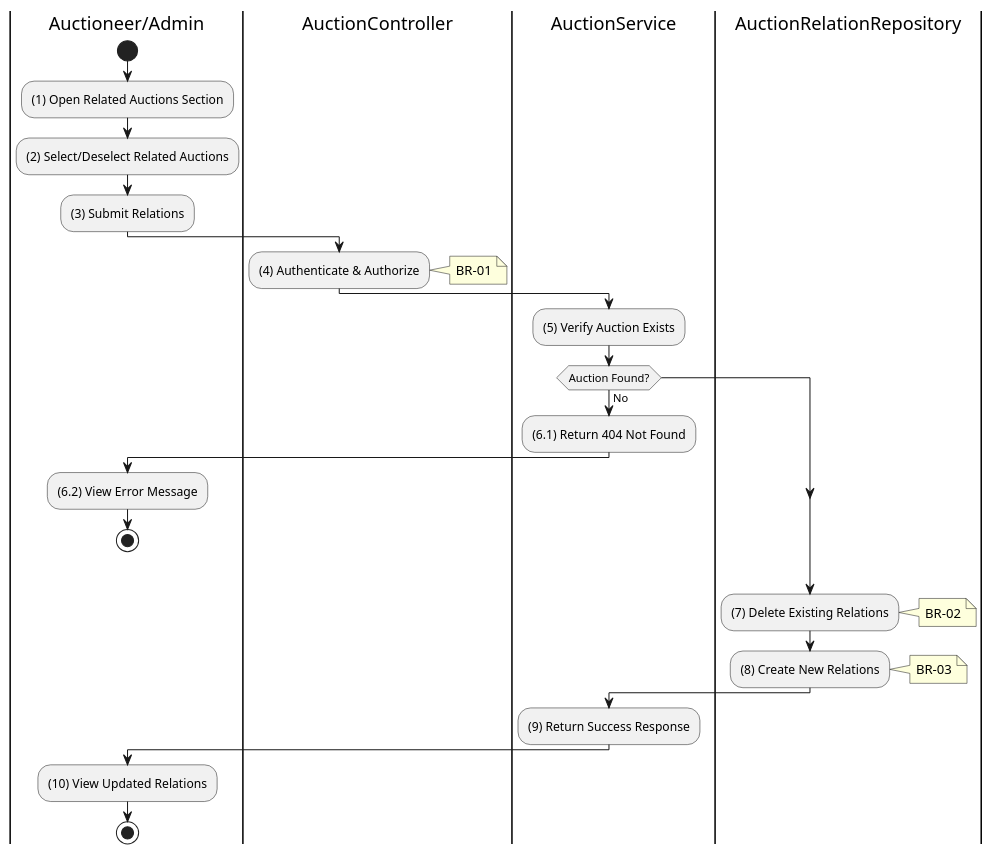
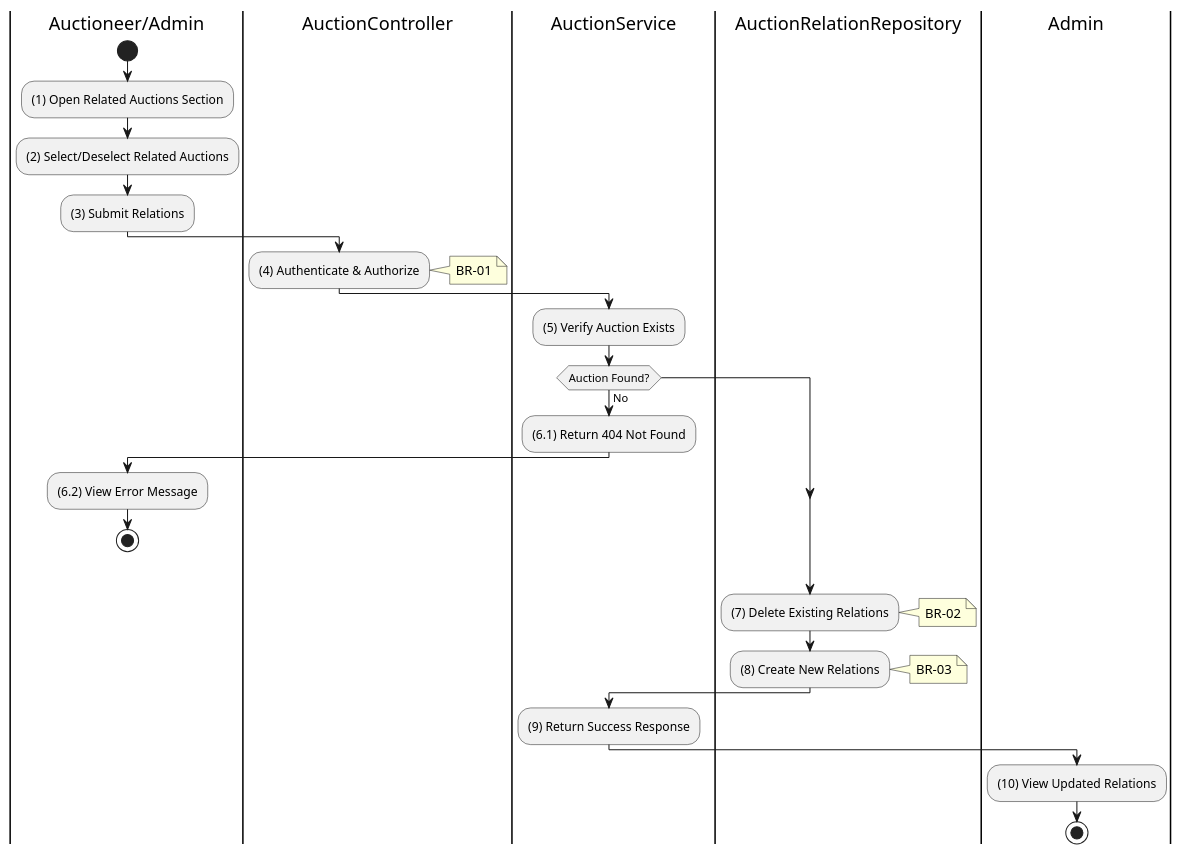
The second of 2 diagrams in DETAILED_SRS/3.3.6_Update_Auction_Relations.md (Tanh1603/auction-hub), drawn with PlantUML before and after one commit. The commit also changed other lines of this file and 82 other files, not shown here.

Commit message:
feat: Add detailed SRS documents, database schema, payment service, and QA documentation.

````diff
--- a/DETAILED_SRS/3.3.6_Update_Auction_Relations.md
+++ b/DETAILED_SRS/3.3.6_Update_Auction_Relations.md
@@ -56,37 +56,37 @@
 ```plantuml
 @startuml
 |Auctioneer/Admin|
 start
 :(1) Open Related Auctions Section;
 :(2) Select/Deselect Related Auctions;
 :(3) Submit Relations;
 
 |AuctionController|
 :(4) Authenticate & Authorize;
 note right: BR-01
 
 |AuctionService|
 :(5) Verify Auction Exists;
 
 if (Auction Found?) then (No)
     :(6.1) Return 404 Not Found;
     |Auctioneer/Admin|
     :(6.2) View Error Message;
     stop
 endif
 
 |AuctionRelationRepository|
 :(7) Delete Existing Relations;
 note right: BR-02
 
 :(8) Create New Relations;
 note right: BR-03
 
 |AuctionService|
 :(9) Return Success Response;
 
-|Auctioneer/Admin|
+|Admin|
 :(10) View Updated Relations;
 stop
 @enduml
 ```
````
